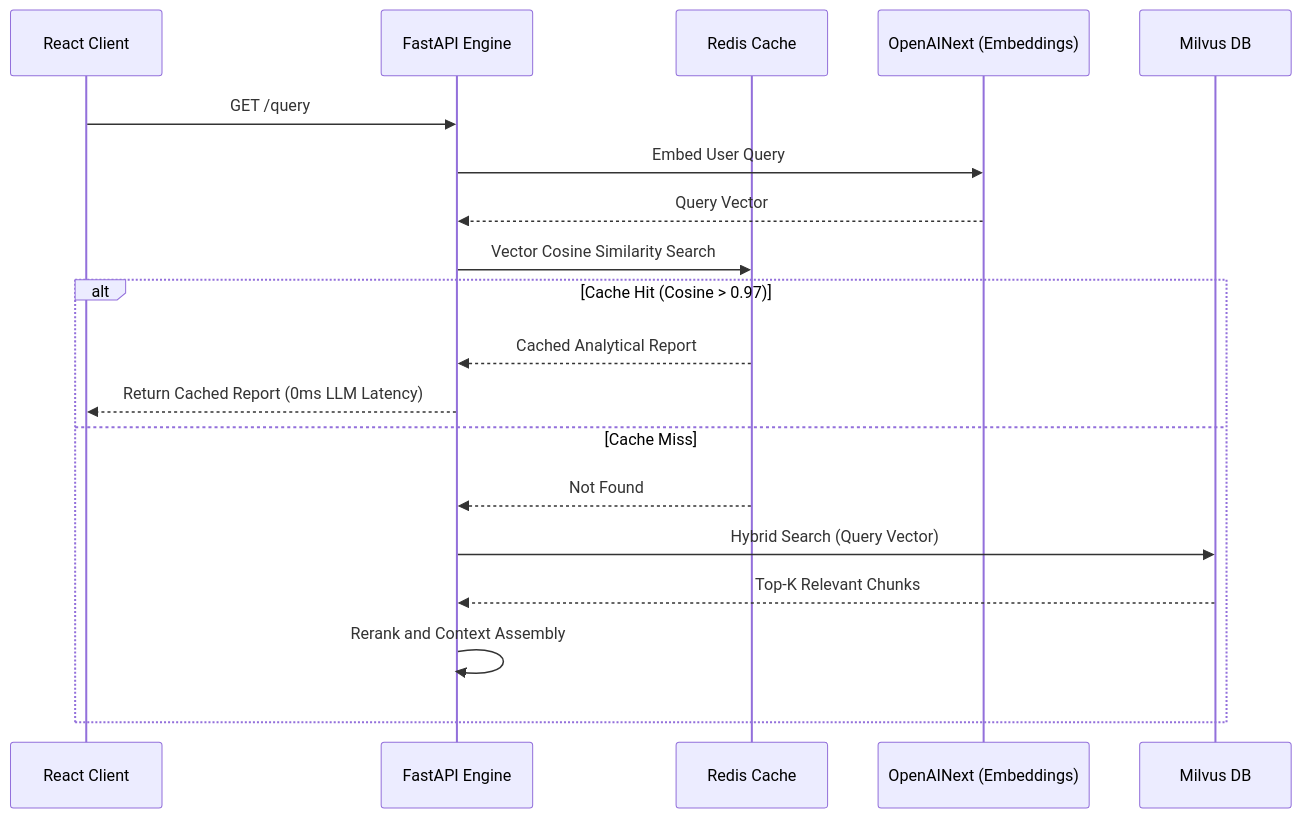
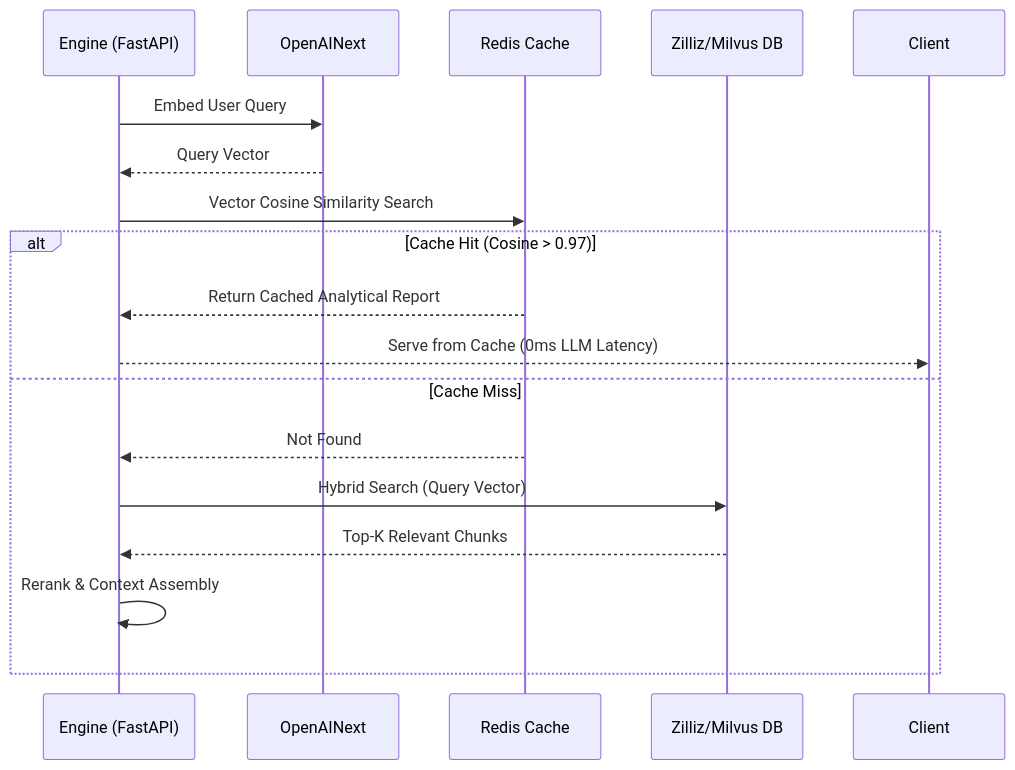
Before and after one commit to joe-ging/AI_Stock_Analyst_Enterprise: the second of 3 diagrams in README.md, drawn with Mermaid. The commit also changed other lines of this file, not shown here.

Commit message:
docs: Align README with Tencent Cloud Solutions Architect Master Plan

````diff
--- a/README.md
+++ b/README.md
@@ -68,23 +89,21 @@
 ```mermaid
 sequenceDiagram
-    participant UI as React Client
-    participant Engine as FastAPI Engine
+    participant Engine as Engine (FastAPI)
+    participant AI as OpenAINext
     participant Redis as Redis Cache
-    participant AI as OpenAINext (Embeddings)
-    participant Milvus as Milvus DB
+    participant Milvus as Zilliz/Milvus DB
     
-    UI->>Engine: GET /query
     Engine->>AI: Embed User Query
     AI-->>Engine: Query Vector
     
     Engine->>Redis: Vector Cosine Similarity Search
     alt Cache Hit (Cosine > 0.97)
-        Redis-->>Engine: Cached Analytical Report
-        Engine-->>UI: Return Cached Report (0ms LLM Latency)
+        Redis-->>Engine: Return Cached Analytical Report
+        Engine-->>Client: Serve from Cache (0ms LLM Latency)
     else Cache Miss
         Redis-->>Engine: Not Found
         Engine->>Milvus: Hybrid Search (Query Vector)
         Milvus-->>Engine: Top-K Relevant Chunks
-        Engine->>Engine: Rerank and Context Assembly
+        Engine->>Engine: Rerank & Context Assembly
     end
 ```
````
